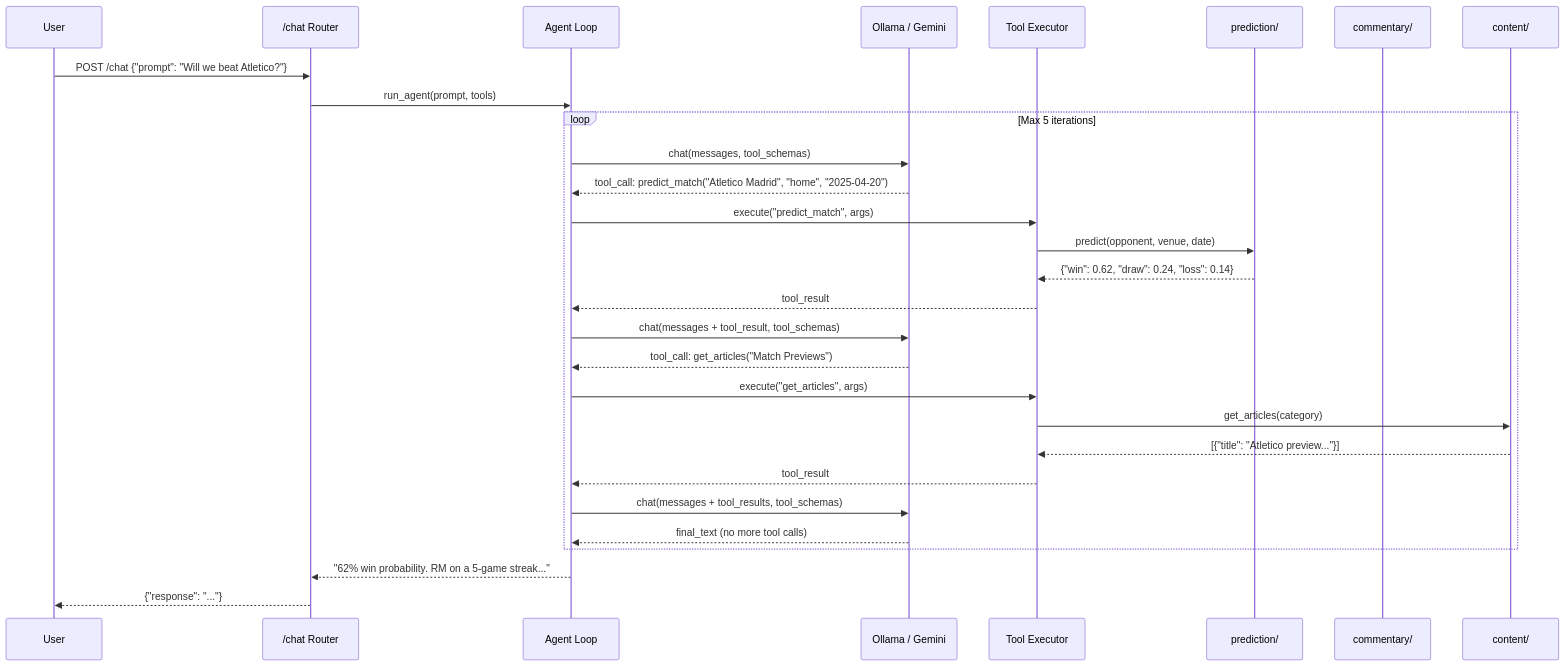
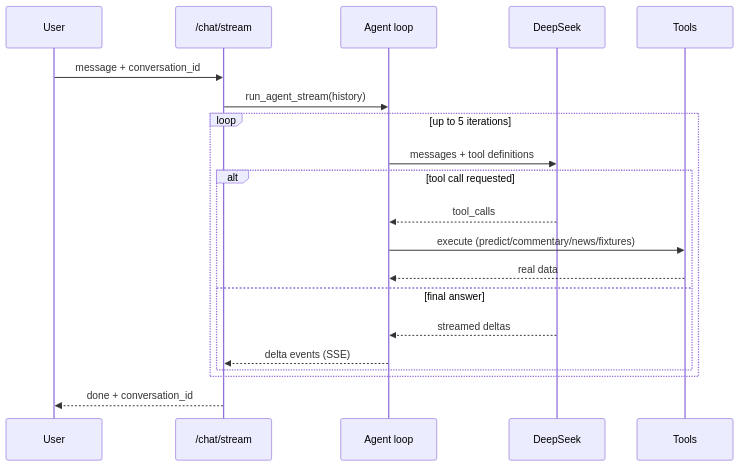
One commit to Caephas/Real_Madrid_AI_Platform changed the fourth of 9 diagrams in docs/SYSTEM_DESIGN.md. Above: the diagram before and after it, drawn with Mermaid. The commit also changed other lines of this file and 52 other files, not shown here.

````diff
--- a/docs/SYSTEM_DESIGN.md
+++ b/docs/SYSTEM_DESIGN.md
@@ -147,36 +107,23 @@
 ```mermaid
 sequenceDiagram
     participant U as User
-    participant R as /chat Router
-    participant A as Agent Loop
-    participant LLM as Ollama / Gemini
-    participant T as Tool Executor
-    participant P as prediction/
-    participant CO as commentary/
-    participant CN as content/
+    participant R as /chat/stream
+    participant A as Agent loop
+    participant L as DeepSeek
+    participant T as Tools
 
-    U->>R: POST /chat {"prompt": "Will we beat Atletico?"}
-    R->>A: run_agent(prompt, tools)
-
-    loop Max 5 iterations
-        A->>LLM: chat(messages, tool_schemas)
-        LLM-->>A: tool_call: predict_match("Atletico Madrid", "home", "2025-04-20")
-        A->>T: execute("predict_match", args)
-        T->>P: predict(opponent, venue, date)
-        P-->>T: {"win": 0.62, "draw": 0.24, "loss": 0.14}
-        T-->>A: tool_result
-
-        A->>LLM: chat(messages + tool_result, tool_schemas)
-        LLM-->>A: tool_call: get_articles("Match Previews")
-        A->>T: execute("get_articles", args)
-        T->>CN: get_articles(category)
-        CN-->>T: [{"title": "Atletico preview..."}]
-        T-->>A: tool_result
-
-        A->>LLM: chat(messages + tool_results, tool_schemas)
-        LLM-->>A: final_text (no more tool calls)
+    U->>R: message + conversation_id
+    R->>A: run_agent_stream(history)
+    loop up to 5 iterations
+        A->>L: messages + tool definitions
+        alt tool call requested
+            L-->>A: tool_calls
+            A->>T: execute (predict/commentary/news/fixtures)
+            T-->>A: real data
+        else final answer
+            L-->>A: streamed deltas
+            A-->>R: delta events (SSE)
+        end
     end
-
-    A-->>R: "62% win probability. RM on a 5-game streak..."
-    R-->>U: {"response": "..."}
+    R-->>U: done + conversation_id
 ```
````
